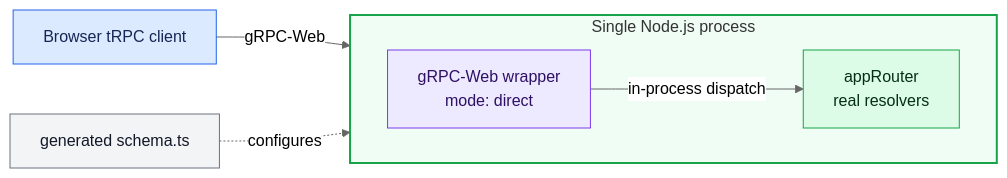
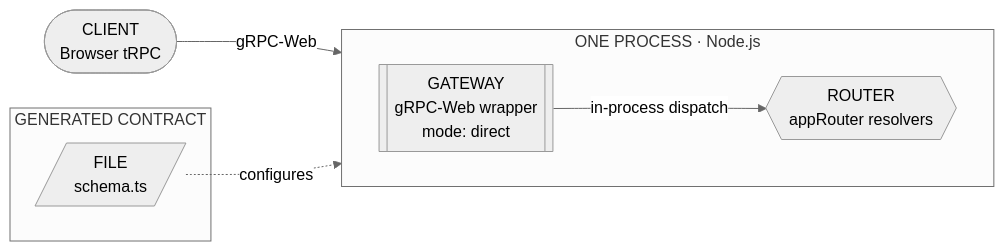
Before and after one commit to iocat/trpc-proto: the third of 3 diagrams in README.md, drawn with Mermaid (neutral theme). The commit also changed other lines of this file, not shown here.

Commit message:
docs: clarify deployment diagram roles

````diff
--- a/README.md
+++ b/README.md
@@ -77,25 +70,18 @@
 ```mermaid
 flowchart LR
-  Browser["Browser tRPC client"]
-  Schema["generated schema.ts"]
+  Browser(["CLIENT<br/>Browser tRPC"])
 
-  subgraph NodeProcess["Single Node.js process"]
+  subgraph Contract["GENERATED CONTRACT"]
+    Schema[/"FILE<br/>schema.ts"/]
+  end
+
+  subgraph NodeProcess["ONE PROCESS · Node.js"]
     direction LR
-    Wrapper["gRPC-Web wrapper<br/>mode: direct"]
-    Router["appRouter<br/>real resolvers"]
+    Wrapper[["GATEWAY<br/>gRPC-Web wrapper<br/>mode: direct"]]
+    Router{{"ROUTER<br/>appRouter resolvers"}}
     Wrapper -->|"in-process dispatch"| Router
   end
 
   Browser -->|"gRPC-Web"| Wrapper
   Schema -. "configures" .-> Wrapper
-
-  class Browser client
-  class Wrapper wrapper
-  class Router router
-  class Schema artifact
-  classDef client fill:#dbeafe,stroke:#2563eb,color:#172554
-  classDef wrapper fill:#ede9fe,stroke:#7c3aed,color:#2e1065
-  classDef router fill:#dcfce7,stroke:#16a34a,color:#052e16
-  classDef artifact fill:#f3f4f6,stroke:#6b7280,color:#111827
-  style NodeProcess fill:#f0fdf4,stroke:#16a34a,stroke-width:2px
 ```
````
